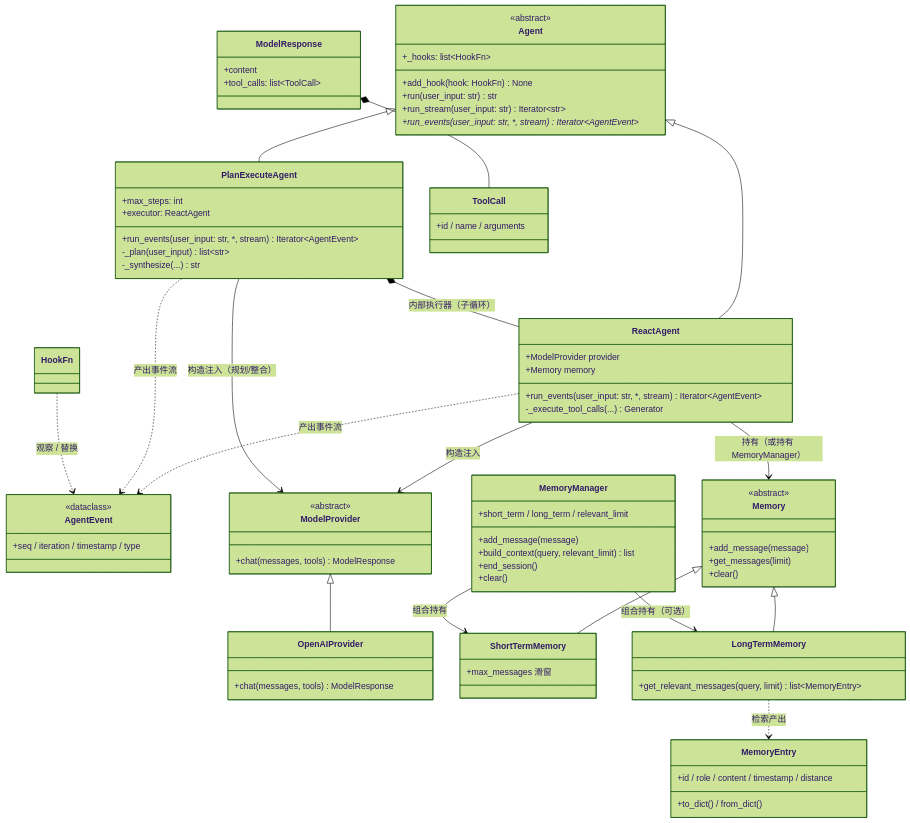
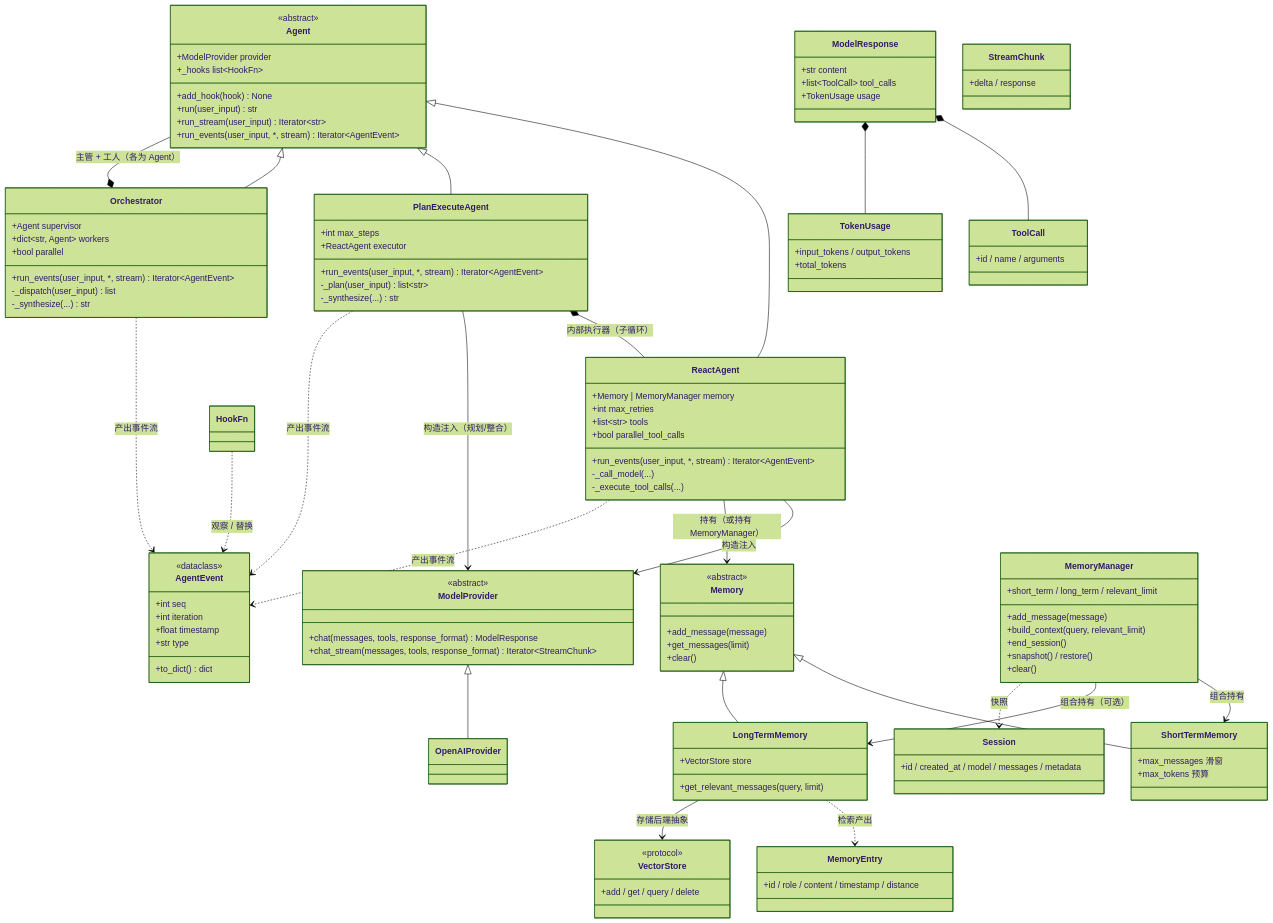
One commit to Mzys521/gearlink changed the second of 6 diagrams in docs/架构设计.md. Above: the diagram before and after it, drawn with Mermaid (forest theme). The commit also changed other lines of this file and 40 other files, not shown here.

````diff
--- a/docs/架构设计.md
+++ b/docs/架构设计.md
@@ -61,40 +68,70 @@
 classDiagram
     class Agent {
         <<abstract>>
-        +_hooks: list~HookFn~
-        +add_hook(hook: HookFn) None
-        +run(user_input: str) str
-        +run_stream(user_input: str) Iterator~str~
-        +run_events(user_input: str, *, stream) Iterator~AgentEvent~*
+        +ModelProvider provider
+        +_hooks list~HookFn~
+        +add_hook(hook) None
+        +run(user_input) str
+        +run_stream(user_input) Iterator~str~
+        +run_events(user_input, *, stream) Iterator~AgentEvent~
     }
 
     class ReactAgent {
-        +ModelProvider provider
-        +Memory memory
-        +run_events(user_input: str, *, stream) Iterator~AgentEvent~
-        -_execute_tool_calls(...) Generator
+        +Memory | MemoryManager memory
+        +int max_retries
+        +list~str~ tools
+        +bool parallel_tool_calls
+        +run_events(user_input, *, stream) Iterator~AgentEvent~
+        -_call_model(...)
+        -_execute_tool_calls(...)
     }
 
     class PlanExecuteAgent {
-        +max_steps: int
-        +executor: ReactAgent
-        +run_events(user_input: str, *, stream) Iterator~AgentEvent~
+        +int max_steps
+        +ReactAgent executor
+        +run_events(user_input, *, stream) Iterator~AgentEvent~
         -_plan(user_input) list~str~
+        -_synthesize(...) str
+    }
+
+    class Orchestrator {
+        +Agent supervisor
+        +dict~str, Agent~ workers
+        +bool parallel
+        +run_events(user_input, *, stream) Iterator~AgentEvent~
+        -_dispatch(user_input) list
         -_synthesize(...) str
     }
 
     class AgentEvent {
         <<dataclass>>
-        +seq / iteration / timestamp / type
+        +int seq
+        +int iteration
+        +float timestamp
+        +str type
+        +to_dict() dict
     }
     class HookFn
 
     class ModelProvider {
         <<abstract>>
-        +chat(messages, tools) ModelResponse
+        +chat(messages, tools, response_format) ModelResponse
+        +chat_stream(messages, tools, response_format) Iterator~StreamChunk~
     }
-    class OpenAIProvider {
-        +chat(messages, tools) ModelResponse
+    class ModelResponse {
+        +str content
+        +list~ToolCall~ tool_calls
+        +TokenUsage usage
+    }
+    class ToolCall {
+        +id / name / arguments
+    }
+    class TokenUsage {
+        +input_tokens / output_tokens
+        +total_tokens
+    }
+    class StreamChunk {
+        +delta / response
     }
 
     class Memory {
@@ -105,44 +142,51 @@
     }
     class ShortTermMemory {
         +max_messages 滑窗
+        +max_tokens 预算
     }
     class LongTermMemory {
-        +get_relevant_messages(query, limit) list~MemoryEntry~
+        +get_relevant_messages(query, limit)
+        +VectorStore store
     }
     class MemoryManager {
         +short_term / long_term / relevant_limit
         +add_message(message)
-        +build_context(query, relevant_limit) list
+        +build_context(query, relevant_limit)
         +end_session()
+        +snapshot() / restore()
         +clear()
     }
     class MemoryEntry {
         +id / role / content / timestamp / distance
-        +to_dict() / from_dict()
     }
-
-    class ModelResponse {
-        +content
-        +tool_calls: list~ToolCall~
+    class Session {
+        +id / created_at / model / messages / metadata
     }
-    class ToolCall {
-        +id / name / arguments
+    class VectorStore {
+        <<protocol>>
+        +add / get / query / delete
     }
 
     Agent <|-- ReactAgent
     Agent <|-- PlanExecuteAgent
+    Agent <|-- Orchestrator
     PlanExecuteAgent *-- ReactAgent : 内部执行器（子循环）
+    Orchestrator *-- Agent : 主管 + 工人（各为 Agent）
     ReactAgent --> ModelProvider : 构造注入
     PlanExecuteAgent --> ModelProvider : 构造注入（规划/整合）
     ReactAgent --> Memory : 持有（或持有 MemoryManager）
     ReactAgent ..> AgentEvent : 产出事件流
     PlanExecuteAgent ..> AgentEvent : 产出事件流
+    Orchestrator ..> AgentEvent : 产出事件流
     HookFn ..> AgentEvent : 观察 / 替换
     ModelProvider <|-- OpenAIProvider
+    ModelResponse *-- ToolCall
+    ModelResponse *-- TokenUsage
     Memory <|-- ShortTermMemory
     Memory <|-- LongTermMemory
     MemoryManager --> ShortTermMemory : 组合持有
     MemoryManager --> LongTermMemory : 组合持有（可选）
     LongTermMemory ..> MemoryEntry : 检索产出
-    ModelResponse *-- ToolCall
+    LongTermMemory --> VectorStore : 存储后端抽象
+    MemoryManager ..> Session : 快照
 ```
````
